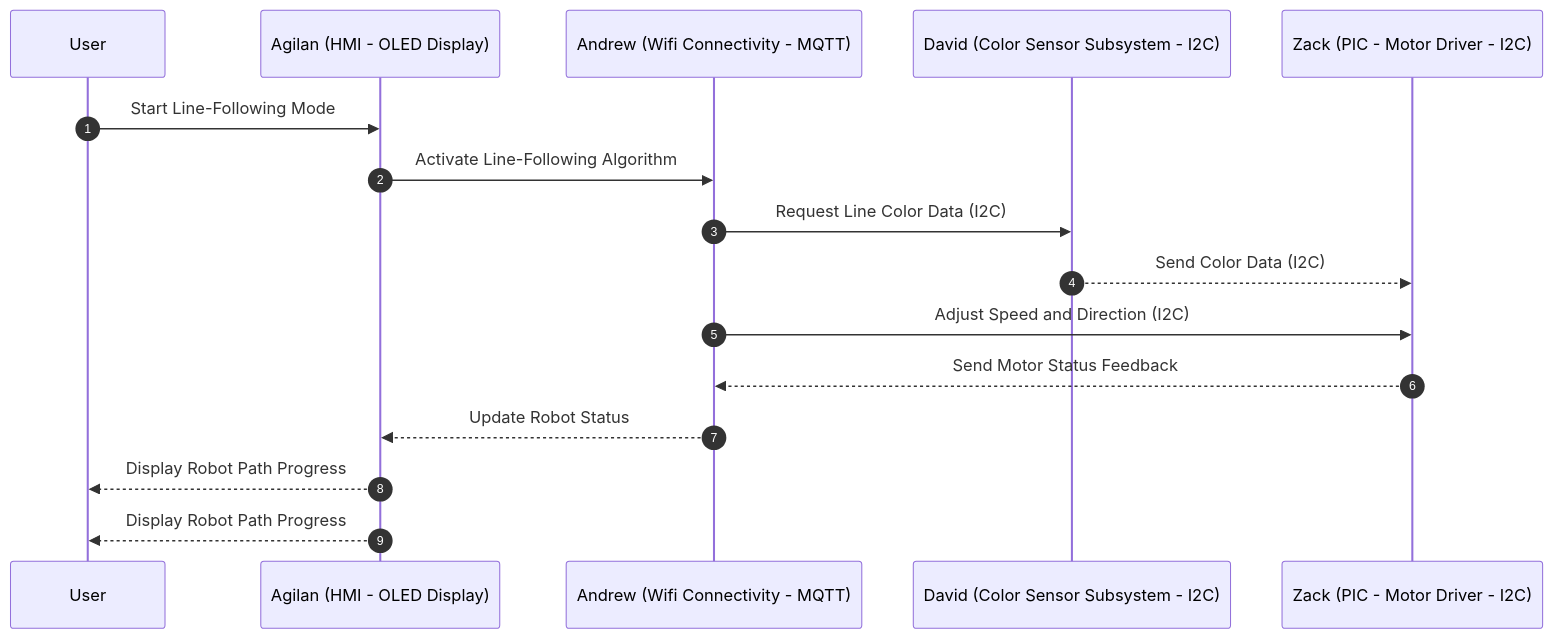
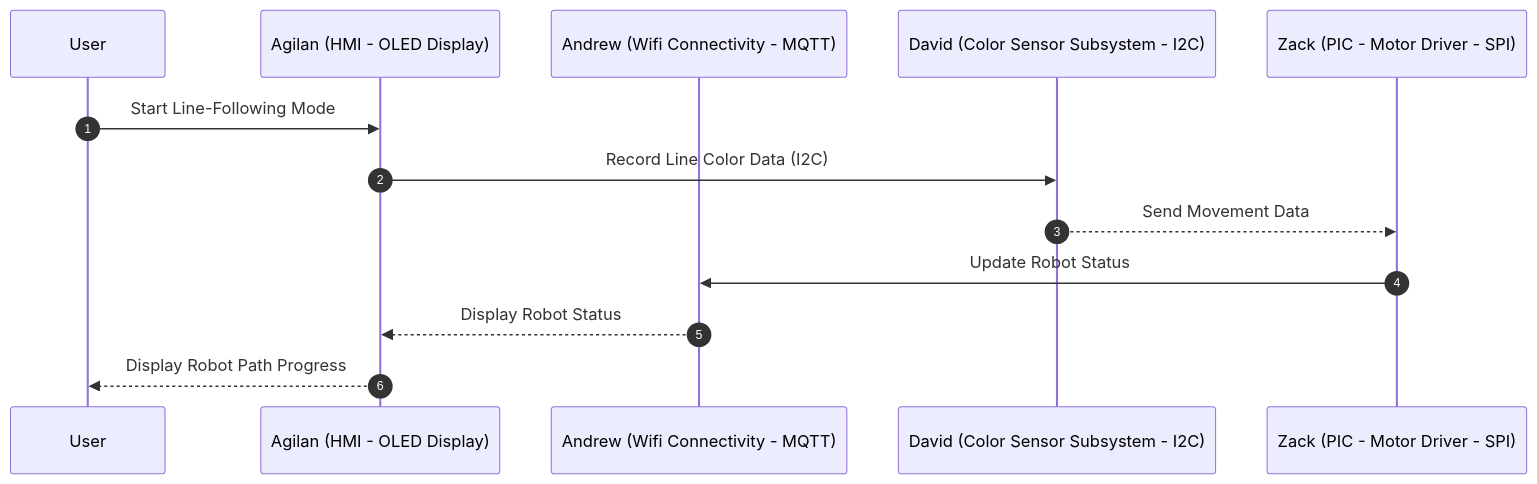
Before and after one commit to ASU-EGR314-2025-S-305/ASU-EGR314-2025-S-305.github.io: the first of 2 diagrams in docs/Block-Diagram.md, drawn with Mermaid. The commit also changed other lines of this file, not shown here.

````diff
--- a/docs/Block-Diagram.md
+++ b/docs/Block-Diagram.md
@@ -59,19 +66,16 @@
 ```mermaid
 sequenceDiagram
     autonumber
     participant User
     participant HMI as Agilan (HMI - OLED Display)
     participant Andrew as Andrew (Wifi Connectivity - MQTT)
     participant David as David (Color Sensor Subsystem - I2C)
-    participant Zack as Zack (PIC - Motor Driver - I2C)
+    participant Zack as Zack (PIC - Motor Driver - SPI)
 
     User->>HMI: Start Line-Following Mode
-    HMI->>Andrew: Activate Line-Following Algorithm
-    Andrew->>David: Request Line Color Data (I2C)
-    David-->>Zack: Send Color Data (I2C)
-    Andrew->>Zack: Adjust Speed and Direction (I2C)
-    Zack-->>Andrew: Send Motor Status Feedback
-    Andrew-->>HMI: Update Robot Status
-    HMI-->>User: Display Robot Path Progress
+    HMI->>David: Record Line Color Data (I2C)
+    David-->>Zack: Send Movement Data
+    Zack->>Andrew: Update Robot Status
+    Andrew-->>HMI: Display Robot Status
     HMI-->>User: Display Robot Path Progress
 ```
````
